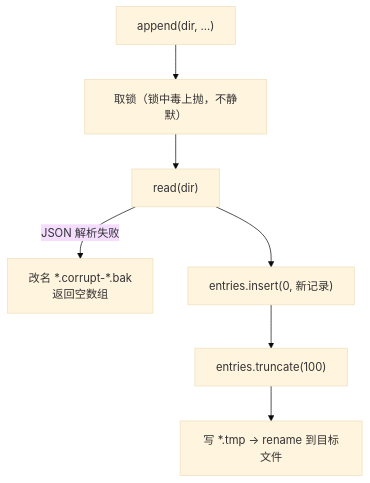
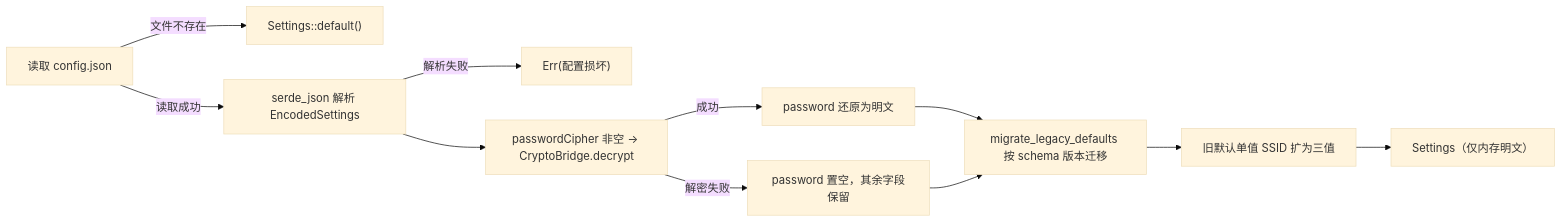
Before and after one commit to ikliml666/Wxxy-CampusLogin: the third of 5 diagrams in .codewiki/modules/android-backend-tauri-state-storage.md, drawn with Mermaid (base theme). The commit also changed other lines of this file and 34 other files, not shown here.

````diff
--- a/.codewiki/modules/android-backend-tauri-state-storage.md
+++ b/.codewiki/modules/android-backend-tauri-state-storage.md
@@ -184,9 +182,13 @@
 ```mermaid
-flowchart TB
-    W["append(dir, ...)"] --> L["取锁（锁中毒上抛，不静默）"]
-    L --> R["read(dir)"]
-    R -->|"JSON 解析失败"| B["改名 *.corrupt-*.bak<br/>返回空数组"]
-    R --> I["entries.insert(0, 新记录)"]
-    I --> T["entries.truncate(100)"]
-    T --> S["写 *.tmp → rename 到目标文件"]
+flowchart LR
+    A["读取 config.json"] -->|"文件不存在"| B["Settings::default()"]
+    A -->|"读取成功"| C["serde_json 解析 EncodedSettings"]
+    C -->|"解析失败"| D["Err(配置损坏)"]
+    C --> E["passwordCipher 非空 → CryptoBridge.decrypt"]
+    E -->|"解密失败"| F["password 置空，其余字段保留"]
+    E -->|"成功"| G["password 还原为明文"]
+    G --> H["migrate_legacy_defaults 按 schema 版本迁移"]
+    F --> H
+    H --> I["旧默认单值 SSID 扩为三值"]
+    I --> J["Settings（仅内存明文）"]
 ```
````
